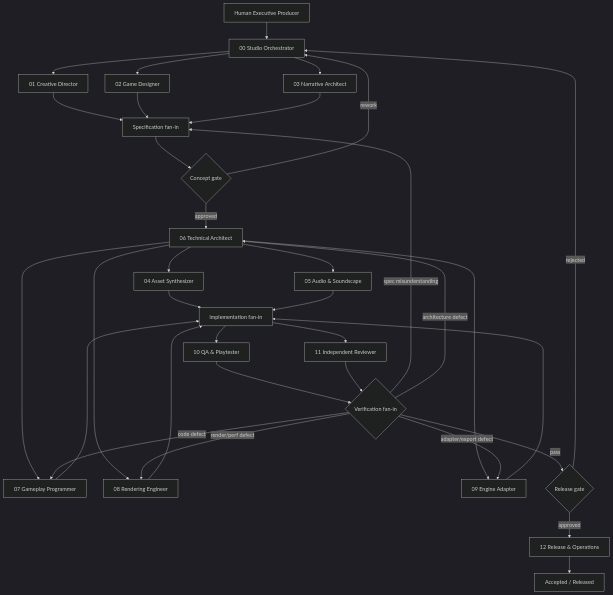
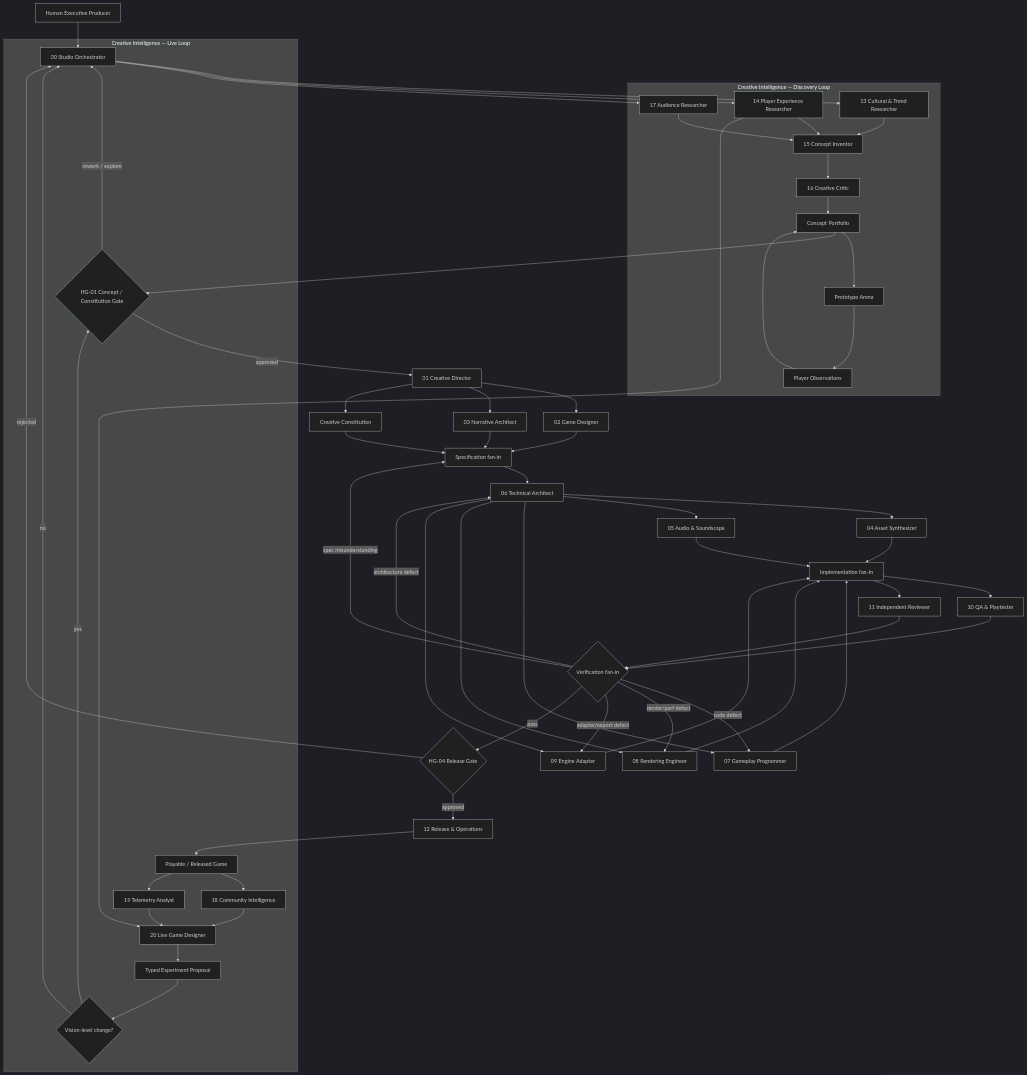
One commit to kongsak4807017/KHOSAN-TIME-STUDIO changed the diagram in studio/graph.md. Above: the diagram before and after it, drawn with Mermaid (dark theme). The commit also changed other lines of this file, not shown here.

Commit message:
creative-intel: integrate discovery and live loops into execution graph

````diff
--- a/studio/graph.md
+++ b/studio/graph.md
@@ -3,41 +5,71 @@
-```mermaid
+~~~mermaid
 flowchart TD
     H[Human Executive Producer] --> O[00 Studio Orchestrator]
-    O --> CD[01 Creative Director]
-    O --> GD[02 Game Designer]
-    O --> NA[03 Narrative Architect]
-    CD --> S[Specification fan-in]
-    GD --> S
+
+    subgraph DISCOVERY[Creative Intelligence — Discovery Loop]
+      CTR[13 Cultural & Trend Researcher] --> CI[15 Concept Inventor]
+      PXR[14 Player Experience Researcher] --> CI
+      AR[17 Audience Researcher] --> CI
+      CI --> CC[16 Creative Critic]
+      CC --> CP[Concept Portfolio]
+      CP --> PA[Prototype Arena]
+      PA --> OBS[Player Observations]
+      OBS --> CP
+    end
+
+    O --> CTR
+    O --> PXR
+    O --> AR
+    CP --> CG{HG-01 Concept / Constitution Gate}
+    CG -->|rework / explore| O
+    CG -->|approved| CD[01 Creative Director]
+
+    CD --> GD[02 Game Designer]
+    CD --> NA[03 Narrative Architect]
+    CD --> CONST[Creative Constitution]
+    GD --> S[Specification fan-in]
     NA --> S
-    S --> C{Concept gate}
-    C -->|approved| TA[06 Technical Architect]
-    C -->|rework| O
+    CONST --> S
+
+    S --> TA[06 Technical Architect]
 
     TA --> AS[04 Asset Synthesizer]
     TA --> AU[05 Audio & Soundscape]
     TA --> GP[07 Gameplay Programmer]
     TA --> RE[08 Rendering Engineer]
     TA --> EA[09 Engine Adapter]
 
     AS --> F[Implementation fan-in]
     AU --> F
     GP --> F
     RE --> F
     EA --> F
 
     F --> QA[10 QA & Playtester]
     F --> IR[11 Independent Reviewer]
     QA --> V{Verification fan-in}
     IR --> V
 
     V -->|code defect| GP
     V -->|render/perf defect| RE
     V -->|adapter/export defect| EA
     V -->|spec misunderstanding| S
     V -->|architecture defect| TA
-    V -->|pass| RG{Release gate}
+    V -->|pass| RG{HG-04 Release Gate}
 
     RG -->|approved| RO[12 Release & Operations]
     RG -->|rejected| O
-    RO --> DONE[Accepted / Released]
-```
+    RO --> LIVE[Playable / Released Game]
+
+    subgraph LIVELOOP[Creative Intelligence — Live Loop]
+      LIVE --> COM[18 Community Intelligence]
+      LIVE --> TEL[19 Telemetry Analyst]
+      COM --> LGD[20 Live Game Designer]
+      TEL --> LGD
+      PXR --> LGD
+      LGD --> EXP[Typed Experiment Proposal]
+      EXP --> XG{Vision-level change?}
+      XG -->|no| O
+      XG -->|yes| CG
+    end
+~~~
````
